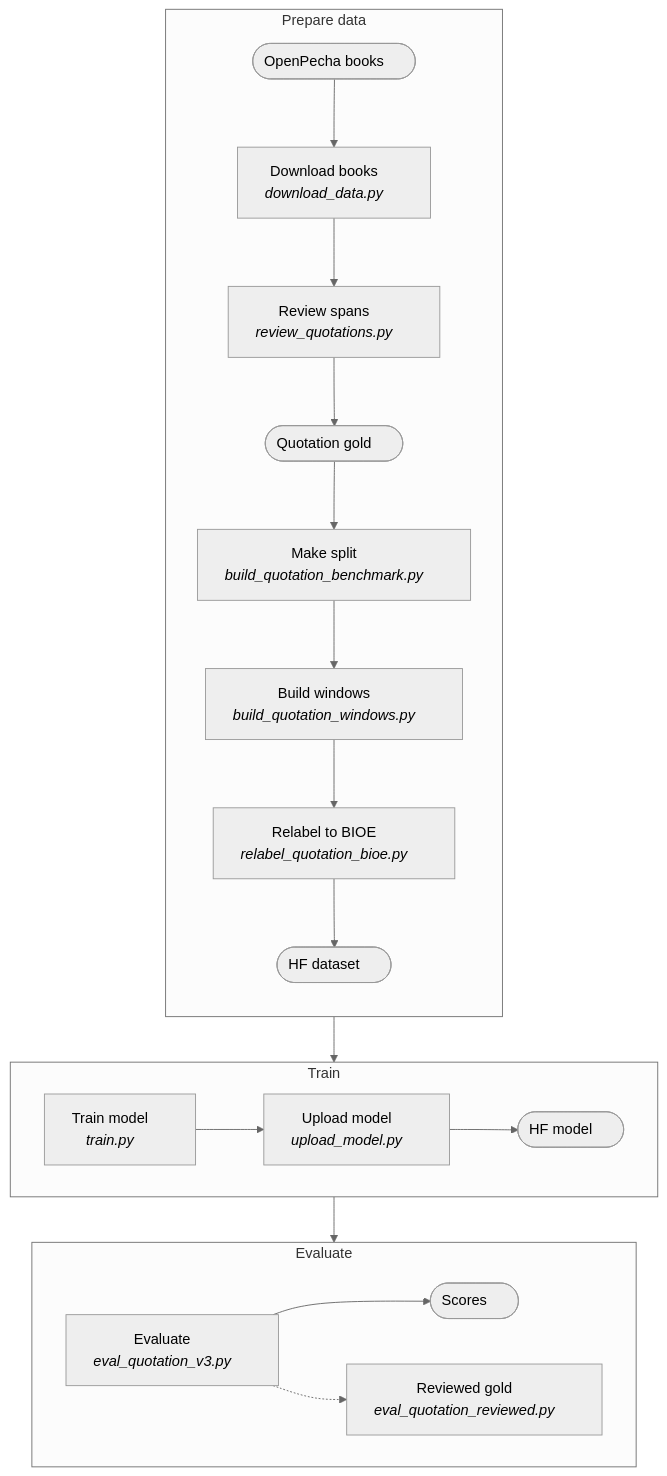
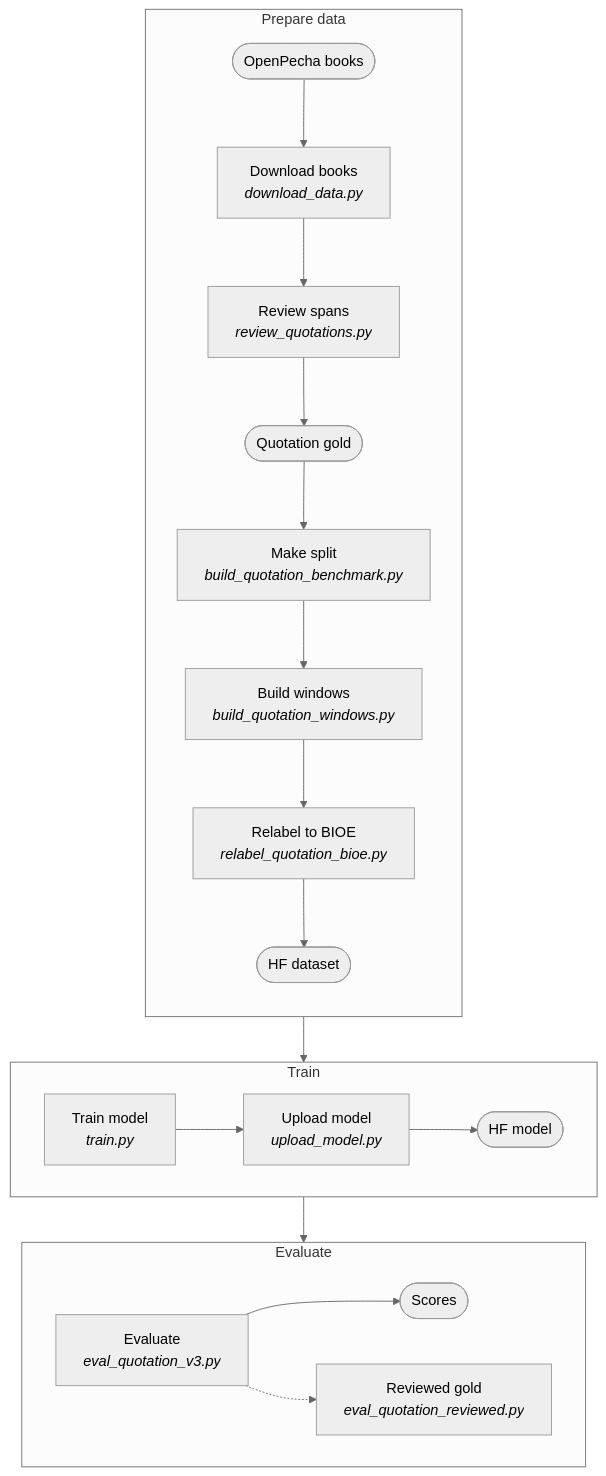
The diagram in quotation/README.md (tenzinyonten/tibetan-layer-detection), drawn with Mermaid (neutral theme) before and after one commit. The commit also changed 8 other files, not shown here.

Commit message:
Flowcharts: draw labels as SVG text instead of HTML, drop padding

````diff
--- a/quotation/README.md
+++ b/quotation/README.md
@@ -30,25 +30,26 @@
 ```mermaid
+%%{init: {"flowchart": {"htmlLabels": false}}}%%
 flowchart TD
-  subgraph PREP["Prepare data&nbsp;&nbsp;&nbsp;&nbsp;&nbsp;"]
+  subgraph PREP["Prepare data"]
     direction TB
-    F1(["OpenPecha books&nbsp;&nbsp;&nbsp;&nbsp;&nbsp;"]) --> S1["Download books&nbsp;&nbsp;&nbsp;&nbsp;&nbsp;<br/><i>download_data.py&nbsp;&nbsp;&nbsp;&nbsp;&nbsp;</i>"]
-    S1 --> S2["Review spans&nbsp;&nbsp;&nbsp;&nbsp;&nbsp;<br/><i>review_quotations.py&nbsp;&nbsp;&nbsp;&nbsp;&nbsp;</i>"]
-    S2 --> F2(["Quotation gold&nbsp;&nbsp;&nbsp;&nbsp;&nbsp;"])
-    F2 --> S3["Make split&nbsp;&nbsp;&nbsp;&nbsp;&nbsp;<br/><i>build_quotation_benchmark.py&nbsp;&nbsp;&nbsp;&nbsp;&nbsp;</i>"]
-    S3 --> S4["Build windows&nbsp;&nbsp;&nbsp;&nbsp;&nbsp;<br/><i>build_quotation_windows.py&nbsp;&nbsp;&nbsp;&nbsp;&nbsp;</i>"]
-    S4 --> S5["Relabel to BIOE&nbsp;&nbsp;&nbsp;&nbsp;&nbsp;<br/><i>relabel_quotation_bioe.py&nbsp;&nbsp;&nbsp;&nbsp;&nbsp;</i>"]
-    S5 --> F3(["HF dataset&nbsp;&nbsp;&nbsp;&nbsp;&nbsp;"])
+    F1(["OpenPecha books"]) --> S1["Download books<br/><i>download_data.py</i>"]
+    S1 --> S2["Review spans<br/><i>review_quotations.py</i>"]
+    S2 --> F2(["Quotation gold"])
+    F2 --> S3["Make split<br/><i>build_quotation_benchmark.py</i>"]
+    S3 --> S4["Build windows<br/><i>build_quotation_windows.py</i>"]
+    S4 --> S5["Relabel to BIOE<br/><i>relabel_quotation_bioe.py</i>"]
+    S5 --> F3(["HF dataset"])
   end
-  subgraph TRAIN["Train&nbsp;&nbsp;&nbsp;&nbsp;&nbsp;"]
+  subgraph TRAIN["Train"]
     direction LR
-    S6["Train model&nbsp;&nbsp;&nbsp;&nbsp;&nbsp;<br/><i>train.py&nbsp;&nbsp;&nbsp;&nbsp;&nbsp;</i>"] --> S7["Upload model&nbsp;&nbsp;&nbsp;&nbsp;&nbsp;<br/><i>upload_model.py&nbsp;&nbsp;&nbsp;&nbsp;&nbsp;</i>"]
-    S7 --> F4(["HF model&nbsp;&nbsp;&nbsp;&nbsp;&nbsp;"])
+    S6["Train model<br/><i>train.py</i>"] --> S7["Upload model<br/><i>upload_model.py</i>"]
+    S7 --> F4(["HF model"])
   end
-  subgraph EVAL["Evaluate&nbsp;&nbsp;&nbsp;&nbsp;&nbsp;"]
+  subgraph EVAL["Evaluate"]
     direction LR
-    S8["Evaluate&nbsp;&nbsp;&nbsp;&nbsp;&nbsp;<br/><i>eval_quotation_v3.py&nbsp;&nbsp;&nbsp;&nbsp;&nbsp;</i>"] --> F5(["Scores&nbsp;&nbsp;&nbsp;&nbsp;&nbsp;"])
-    S8 -.-> S9["Reviewed gold&nbsp;&nbsp;&nbsp;&nbsp;&nbsp;<br/><i>eval_quotation_reviewed.py&nbsp;&nbsp;&nbsp;&nbsp;&nbsp;</i>"]
+    S8["Evaluate<br/><i>eval_quotation_v3.py</i>"] --> F5(["Scores"])
+    S8 -.-> S9["Reviewed gold<br/><i>eval_quotation_reviewed.py</i>"]
   end
   PREP --> TRAIN
   TRAIN --> EVAL
 ```
````
